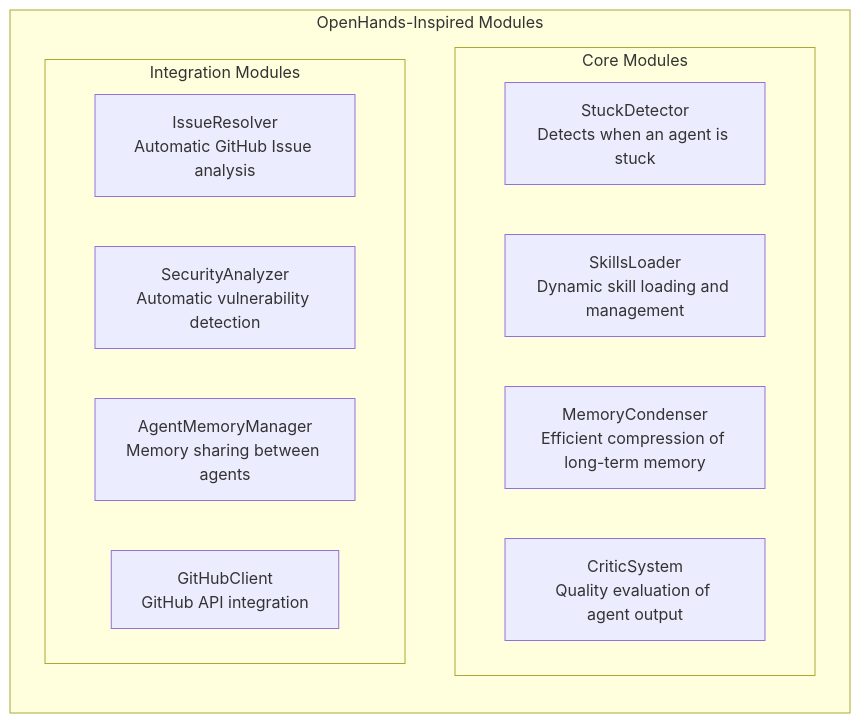
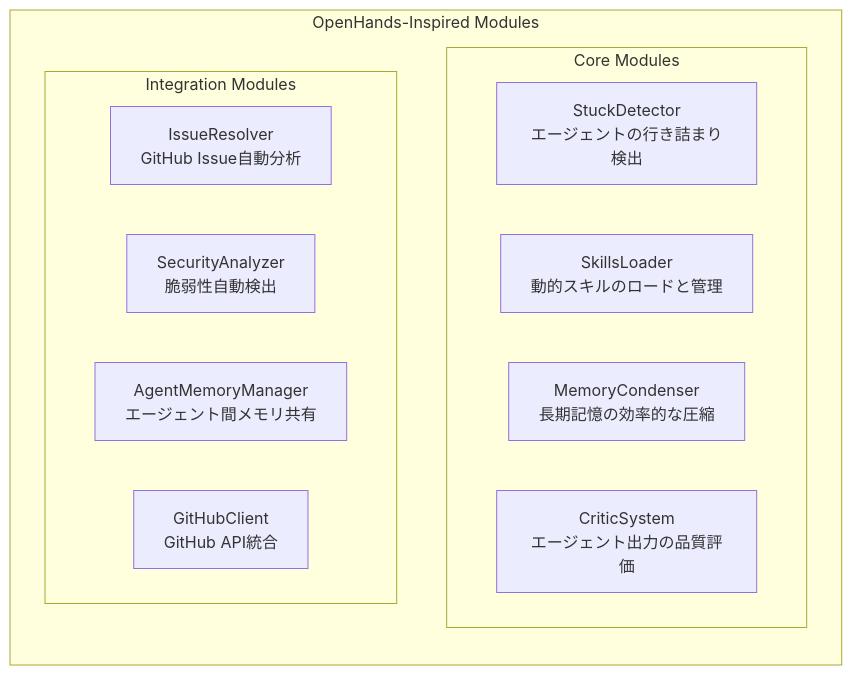
The fifth of 8 diagrams in docs/Qiita/MUSUBI-Complete-Evolution-History.md (Improve-To-Grow/MUSUBI), drawn with Mermaid before and after one commit. The commit also changed other lines of this file and 16 other files, not shown here.

````diff
--- a/docs/Qiita/MUSUBI-Complete-Evolution-History.md
+++ b/docs/Qiita/MUSUBI-Complete-Evolution-History.md
@@ -595,18 +595,18 @@
 ```mermaid
 flowchart TB
     subgraph OpenHands["OpenHands-Inspired Modules"]
         direction TB
         subgraph Core["Core Modules"]
-            M1["StuckDetector<br/>Detects when an agent is stuck"]
-            M2["SkillsLoader<br/>Dynamic skill loading and management"]
-            M3["MemoryCondenser<br/>Efficient compression of long-term memory"]
-            M4["CriticSystem<br/>Quality evaluation of agent output"]
+            M1["StuckDetector<br/>エージェントの行き詰まり検出"]
+            M2["SkillsLoader<br/>動的スキルのロードと管理"]
+            M3["MemoryCondenser<br/>長期記憶の効率的な圧縮"]
+            M4["CriticSystem<br/>エージェント出力の品質評価"]
         end
         subgraph Integration["Integration Modules"]
-            M5["IssueResolver<br/>Automatic GitHub Issue analysis"]
-            M6["SecurityAnalyzer<br/>Automatic vulnerability detection"]
-            M7["AgentMemoryManager<br/>Memory sharing between agents"]
-            M8["GitHubClient<br/>GitHub API integration"]
+            M5["IssueResolver<br/>GitHub Issue自動分析"]
+            M6["SecurityAnalyzer<br/>脆弱性自動検出"]
+            M7["AgentMemoryManager<br/>エージェント間メモリ共有"]
+            M8["GitHubClient<br/>GitHub API統合"]
         end
     end
 ```
````
